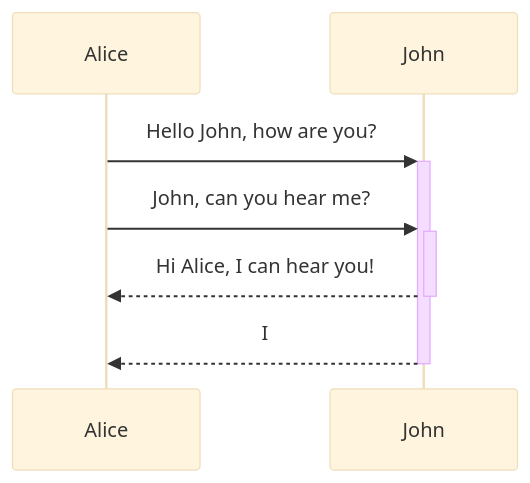
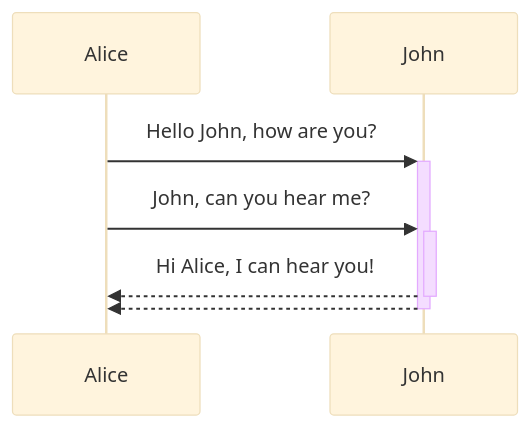
The diagram in all/未命名-3.md (googlelxhgithub/iodraw-files), drawn with Mermaid (base theme) before and after one commit.

Commit message:
2024-07-13 11:12:45 update

````diff
--- a/all/未命名-3.md
+++ b/all/未命名-3.md
@@ -1,9 +1,9 @@
 ```mermaid
 sequenceDiagram
     Alice->>+John: Hello John, how are you?
     Alice->>+John: John, can you hear me?
     John-->>-Alice: Hi Alice, I can hear you!
-    John-->>-Alice: I
-  
+    John-->>-Alice: 
+    
             
 ```
````
